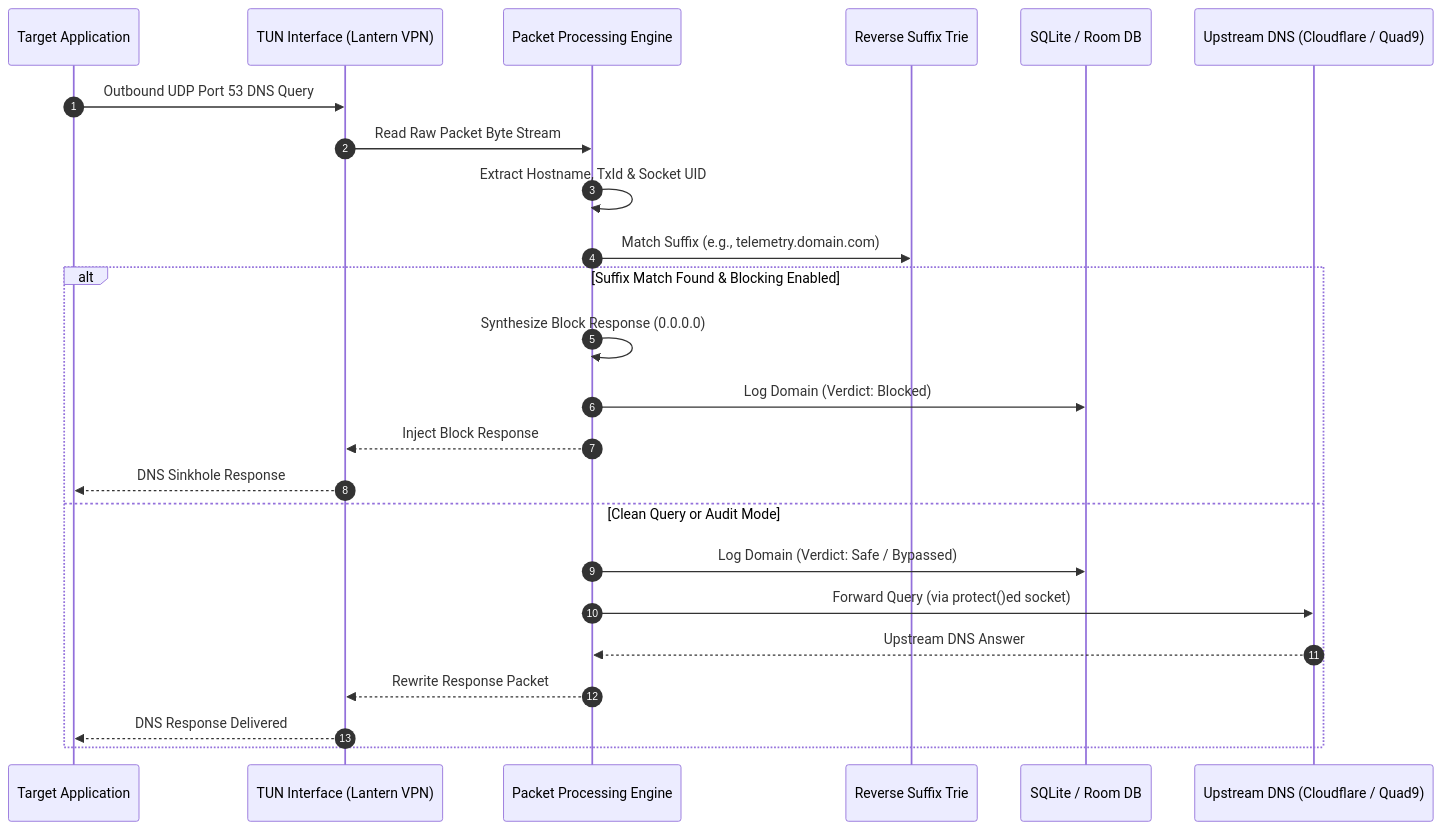
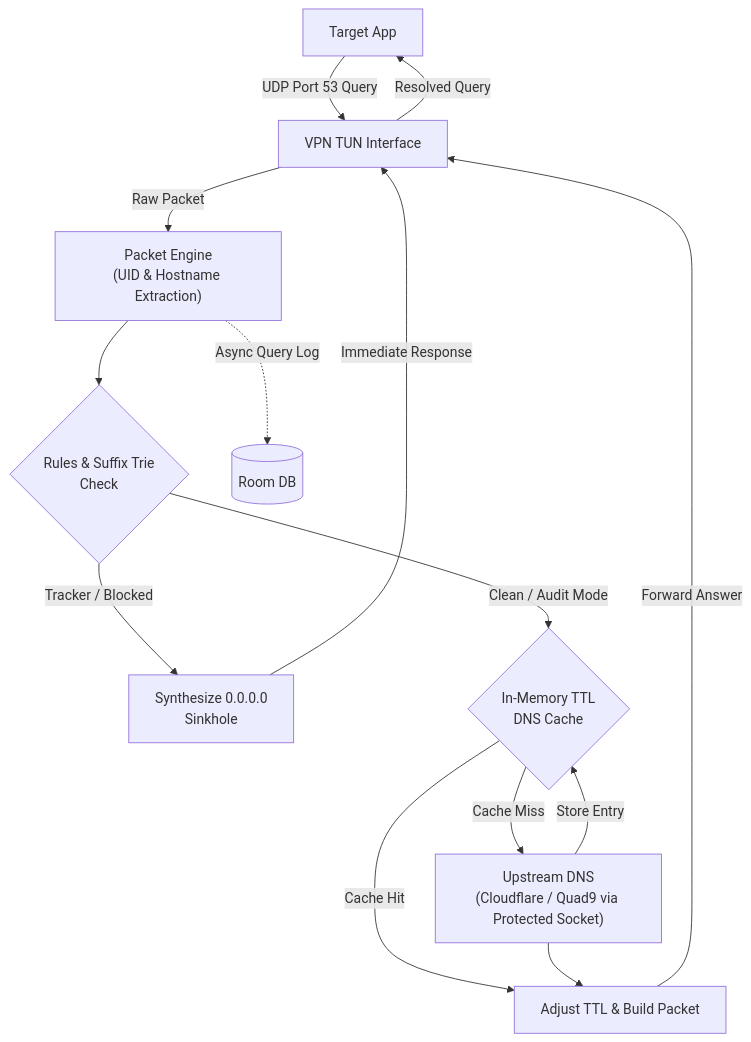
Before and after one commit to insaneodyssey26/lantern: the diagram in README.md, drawn with Mermaid. The commit also changed other lines of this file and 28 other files, not shown here.

````diff
--- a/README.md
+++ b/README.md
@@ -31,27 +36,22 @@
 ```mermaid
-sequenceDiagram
-    autonumber
-    participant App as Target Application
-    participant TUN as TUN Interface (Lantern VPN)
-    participant Engine as Packet Processing Engine
-    participant Trie as Reverse Suffix Trie
-    participant DB as SQLite / Room DB
-    participant Net as Upstream DNS (Cloudflare / Quad9)
+flowchart TD
+    App["Target App"] -->|"UDP Port 53 Query"| TUN["VPN TUN Interface"]
+    TUN -->|"Raw Packet"| Engine["Packet Engine\n(UID & Hostname Extraction)"]
 
-    App->>TUN: Outbound UDP Port 53 DNS Query
-    TUN->>Engine: Read Raw Packet Byte Stream
-    Engine->>Engine: Extract Hostname, TxId & Socket UID
-    Engine->>Trie: Match Suffix (e.g., telemetry.domain.com)
-    alt Suffix Match Found & Blocking Enabled
-        Engine->>Engine: Synthesize Block Response (0.0.0.0)
-        Engine->>DB: Log Domain (Verdict: Blocked)
-        Engine-->>TUN: Inject Block Response
-        TUN-->>App: DNS Sinkhole Response
-    else Clean Query or Audit Mode
-        Engine->>DB: Log Domain (Verdict: Safe / Bypassed)
-        Engine->>Net: Forward Query (via protect()ed socket)
-        Net-->>Engine: Upstream DNS Answer
-        Engine-->>TUN: Rewrite Response Packet
-        TUN-->>App: DNS Response Delivered
-    end
+    Engine --> Rules{"Rules & Suffix Trie\nCheck"}
+
+    Rules -->|"Tracker / Blocked"| Block["Synthesize 0.0.0.0\nSinkhole"]
+    Block -->|"Immediate Response"| TUN
+
+    Rules -->|"Clean / Audit Mode"| Cache{"In-Memory TTL\nDNS Cache"}
+
+    Cache -->|"Cache Hit"| Return["Adjust TTL & Build Packet"]
+    Cache -->|"Cache Miss"| Net["Upstream DNS\n(Cloudflare / Quad9 via Protected Socket)"]
+    Net -->|"Store Entry"| Cache
+    Net --> Return
+
+    Return -->|"Forward Answer"| TUN
+    TUN -->|"Resolved Query"| App
+
+    Engine -.->|"Async Query Log"| DB[("Room DB")]
 ```
````
